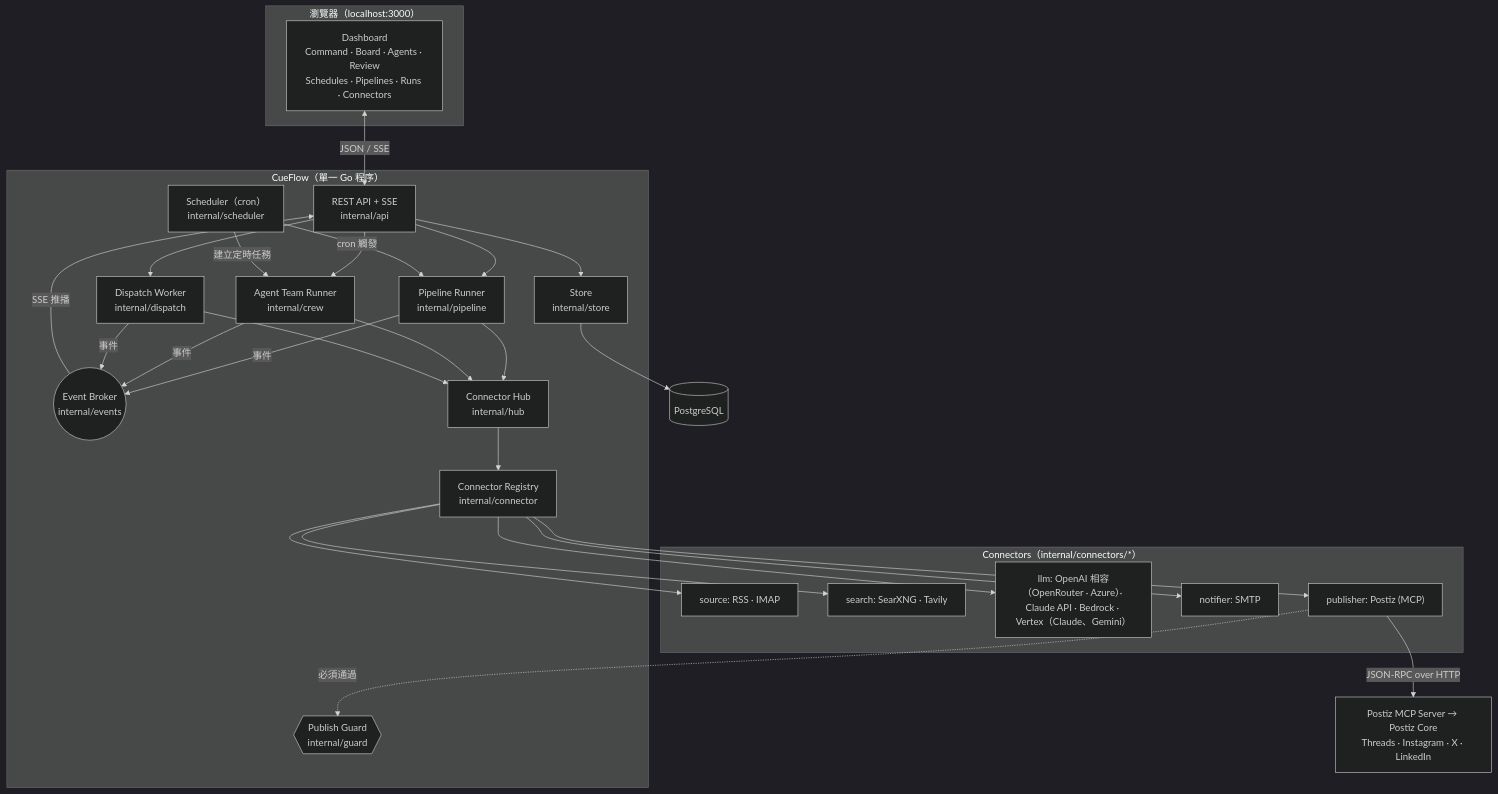
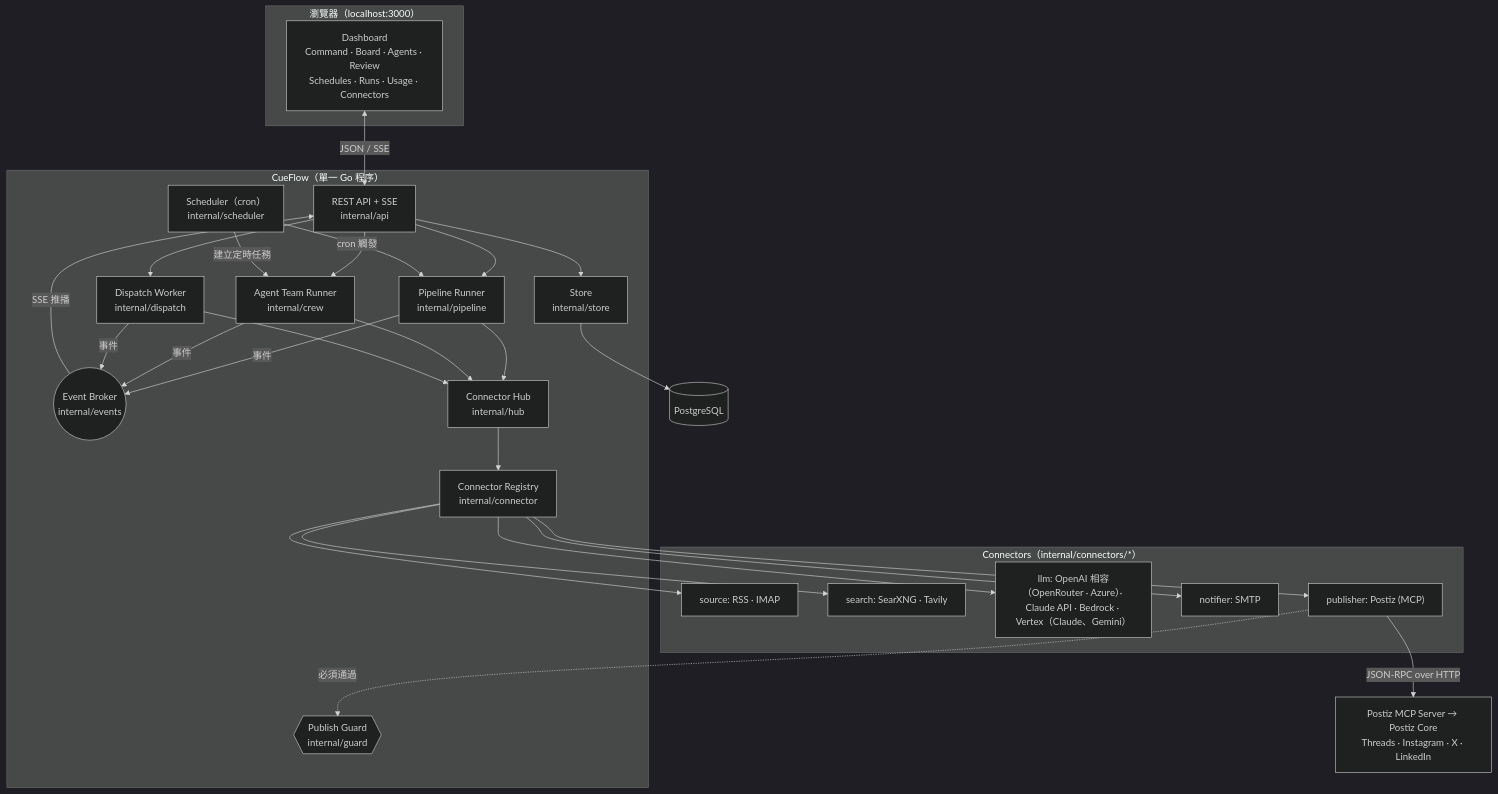
One commit to j75689/cueflow changed the first of 6 diagrams in docs/zh-TW/architecture.md. Above: the diagram before and after it, drawn with Mermaid (dark theme). The commit also changed other lines of this file and 15 other files, not shown here.

First line of the commit message:
web: fold pipelines into Schedules as simple schedules

````diff
--- a/docs/zh-TW/architecture.md
+++ b/docs/zh-TW/architecture.md
@@ -21,49 +21,49 @@
 ```mermaid
 flowchart TB
     subgraph Browser["瀏覽器（localhost:3000）"]
-        UI["Dashboard<br/>Command · Board · Agents · Review<br/>Schedules · Pipelines · Runs · Connectors"]
+        UI["Dashboard<br/>Command · Board · Agents · Review<br/>Schedules · Runs · Usage · Connectors"]
     end
 
     subgraph Core["CueFlow（單一 Go 程序）"]
         API["REST API + SSE<br/>internal/api"]
         Broker(("Event Broker<br/>internal/events"))
         Sched["Scheduler（cron）<br/>internal/scheduler"]
         Pipe["Pipeline Runner<br/>internal/pipeline"]
         Crew["Agent Team Runner<br/>internal/crew"]
         Disp["Dispatch Worker<br/>internal/dispatch"]
         Hub["Connector Hub<br/>internal/hub"]
         Reg["Connector Registry<br/>internal/connector"]
         Guard{{"Publish Guard<br/>internal/guard"}}
         Store["Store<br/>internal/store"]
     end
 
     DB[("PostgreSQL")]
 
     subgraph Plugins["Connectors（internal/connectors/*）"]
         Src["source: RSS · IMAP"]
         Search["search: SearXNG · Tavily"]
         LLM["llm: OpenAI 相容（OpenRouter · Azure）· Claude API · Bedrock · Vertex（Claude、Gemini）"]
         Notif["notifier: SMTP"]
         Pub["publisher: Postiz (MCP)"]
     end
 
     Postiz["Postiz MCP Server → Postiz Core<br/>Threads · Instagram · X · LinkedIn"]
 
     UI <-->|"JSON / SSE"| API
     API --> Store
     API --> Crew
     API --> Disp
     API --> Pipe
     Broker -->|"SSE 推播"| API
     Sched -->|"cron 觸發"| Pipe
     Sched -->|"建立定時任務"| Crew
     Pipe --> Hub
     Crew --> Hub
     Disp --> Hub
     Hub --> Reg
     Reg --> Src & Search & LLM & Notif & Pub
     Pub -.->|"必須通過"| Guard
     Pub -->|"JSON-RPC over HTTP"| Postiz
     Store --> DB
     Pipe & Crew & Disp -->|"事件"| Broker
 ```
````
